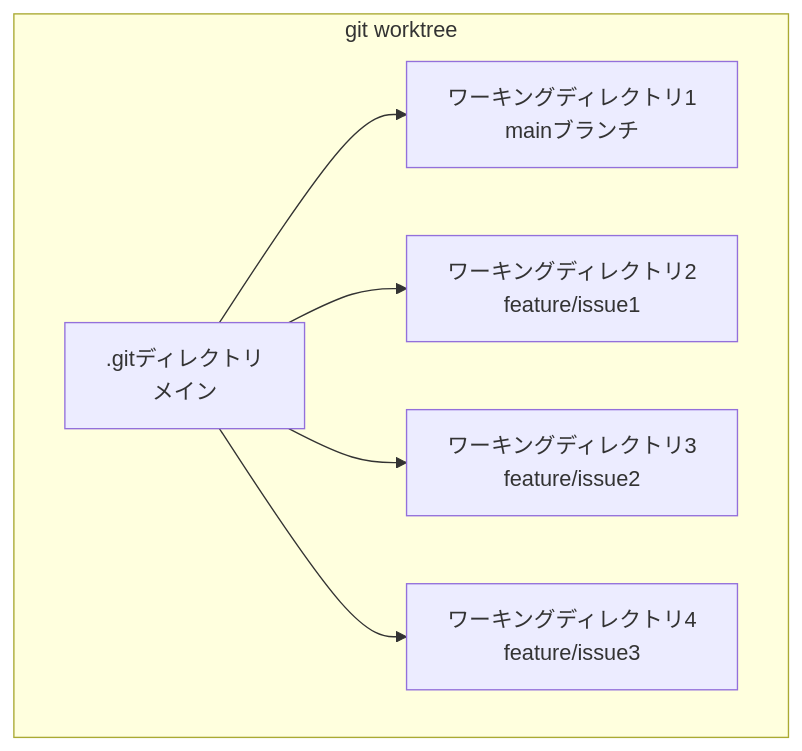
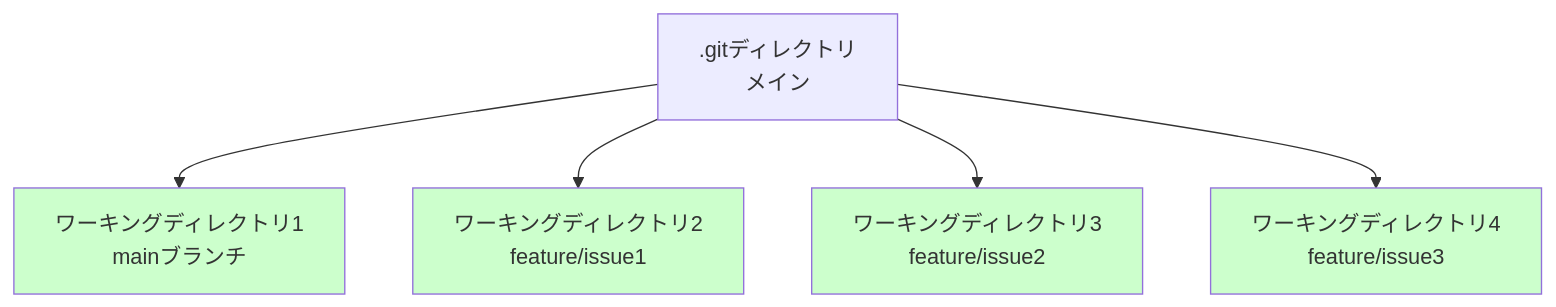
The second of 2 diagrams in book/pages/git_worktreeでマルチタスクを並列化する.md (cyber-freaks-jp/AI_Driven_Development_Course), drawn with Mermaid before and after one commit. The commit also changed other lines of this file, not shown here.

````diff
--- a/book/pages/git_worktreeでマルチタスクを並列化する.md
+++ b/book/pages/git_worktreeでマルチタスクを並列化する.md
@@ -37,9 +54,12 @@
 ```mermaid
 graph TB
-    subgraph git worktree
-        A[.gitディレクトリ<br/>メイン] --> B[ワーキングディレクトリ1<br/>mainブランチ]
-        A --> C[ワーキングディレクトリ2<br/>feature/issue1]
-        A --> D[ワーキングディレクトリ3<br/>feature/issue2]
-        A --> E[ワーキングディレクトリ4<br/>feature/issue3]
-    end
+    A2[.gitディレクトリ<br/>メイン] --> B2[ワーキングディレクトリ1<br/>mainブランチ]
+    A2 --> C2[ワーキングディレクトリ2<br/>feature/issue1]
+    A2 --> D2[ワーキングディレクトリ3<br/>feature/issue2]
+    A2 --> E2[ワーキングディレクトリ4<br/>feature/issue3]
+
+    style B2 fill:#ccffcc
+    style C2 fill:#ccffcc
+    style D2 fill:#ccffcc
+    style E2 fill:#ccffcc
 ```
````
